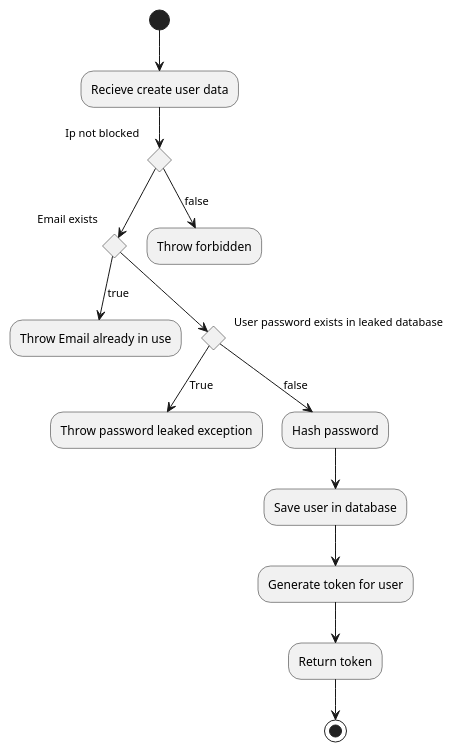
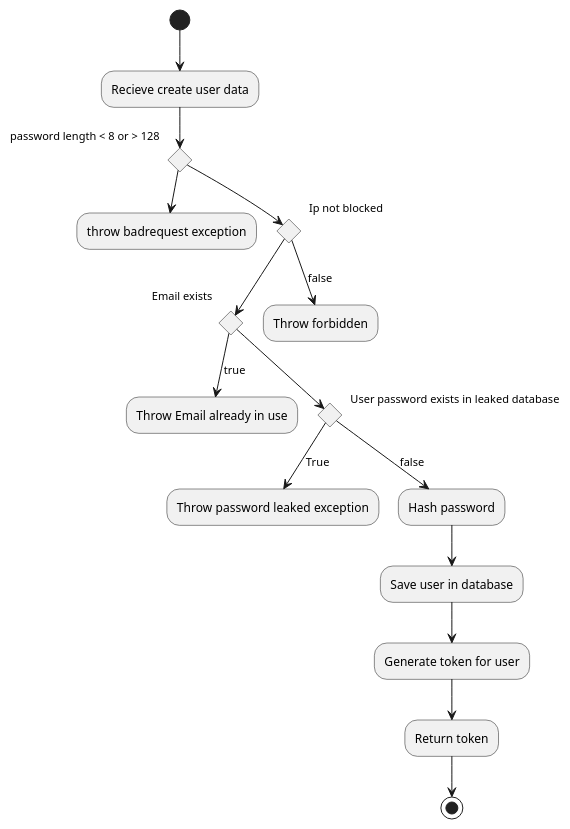
Before and after one commit to blackout1471/trust-us-school: the diagram in Docs/FlowCharts/CreateUserFlowChart.plantuml, drawn with PlantUML. The commit also changed 9 other files, not shown here.

```diff
--- a/Docs/FlowCharts/CreateUserFlowChart.plantuml
+++ b/Docs/FlowCharts/CreateUserFlowChart.plantuml
@@ -1,21 +1,24 @@
 @startuml Create User Flowchart
 
 (*) --> "Recieve create user data"
+if "password length < 8 or > 128" then
+  -->throw badrequest exception
+else
 if "Ip not blocked " then
 	if "Email exists" then
 		-->[true] "Throw Email already in use"
 	else
 		if "User password exists in leaked database" then
 			-->[True]"Throw password leaked exception"
 		else
 			-->[false] "Hash password"
 			--> "Save user in database"
 			--> "Generate token for user"
 			--> "Return token"
 			--> (*)
 		end if
 	end if
 else
 -->[false] "Throw forbidden"
 
 @enduml
```
